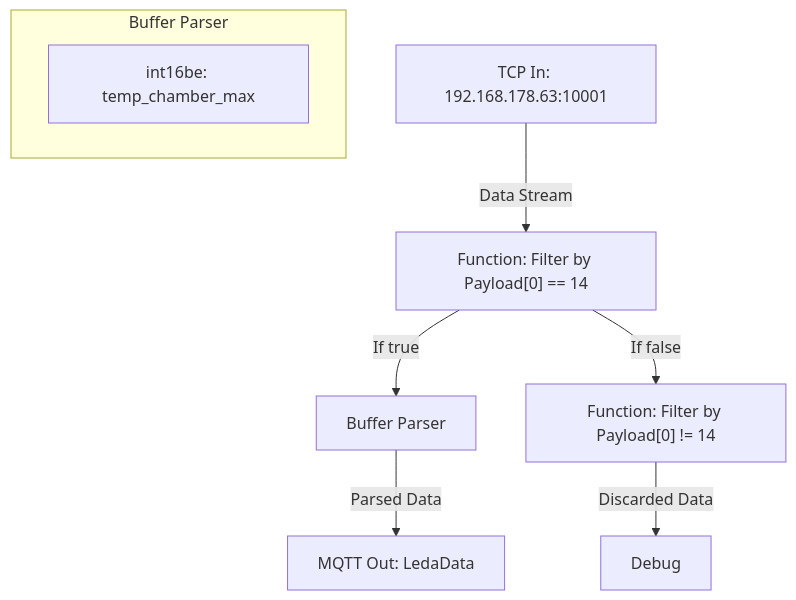
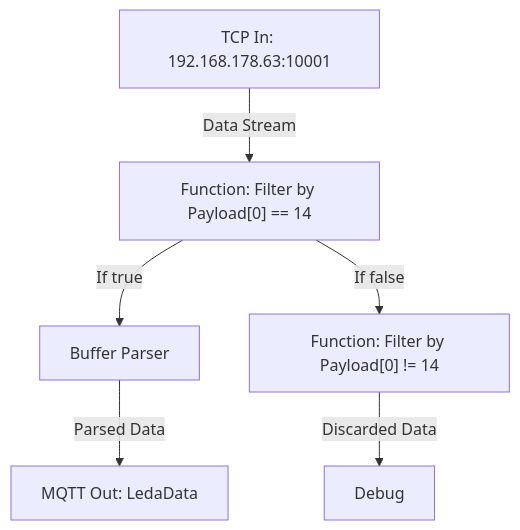
One commit to Cali1205/LedaTronic changed the diagram in README.md. Above: the diagram before and after it, drawn with Mermaid. The commit also changed other lines of this file, not shown here.

````diff
--- a/README.md
+++ b/README.md
@@ -56,20 +56,10 @@
 ```mermaid
 graph TD
   A["TCP In: 192.168.178.63:10001"] -->|Data Stream| B["Function: Filter by Payload[0] == 14"]
   B -->|If true| C["Buffer Parser"]
   C -->|Parsed Data| D["MQTT Out: LedaData"]
 
   B -->|If false| E["Function: Filter by Payload[0] != 14"]
   E -->|Discarded Data| F["Debug"]
 
-  subgraph Buffer Parser
-    CP["uint16be: temp_chamber"]
-    CP["uint8: shutter_current"]
-    CP["uint8: shutter_target"]
-    CP["uint8: state"]
-    CP["uint8: error"]
-    CP["uint8: output"]
-    CP["uint8: outputState"]
-    CP["int16be: temp_chamber_max"]
-  end
 ```
````
